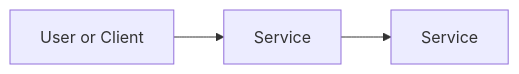
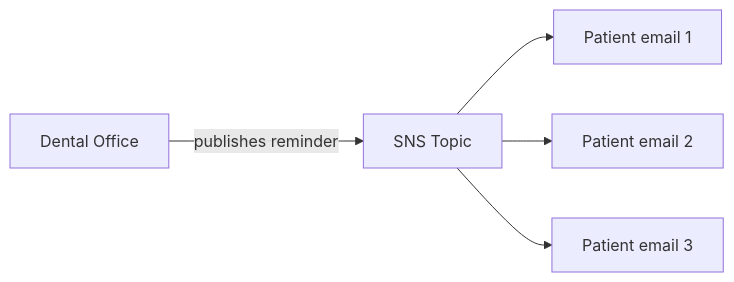
One commit to Smusoni/aws-cloud-practitioner-portfolio changed the diagram in projects/12-sns-dental-appointment-reminders/README.md. Above: the diagram before and after it, drawn with Mermaid. The commit also changed other lines of this file, not shown here.

Commit message:
Revise README for appointment reminder system

````diff
--- a/projects/12-sns-dental-appointment-reminders/README.md
+++ b/projects/12-sns-dental-appointment-reminders/README.md
@@ -13,5 +15,7 @@
 ```mermaid
 flowchart LR
-  User[User or Client] --> A[Service]
-  A --> B[Service]
+  Office[Dental Office] -->|publishes reminder| Topic[SNS Topic]
+  Topic --> P1[Patient email 1]
+  Topic --> P2[Patient email 2]
+  Topic --> P3[Patient email 3]
 ```
````
